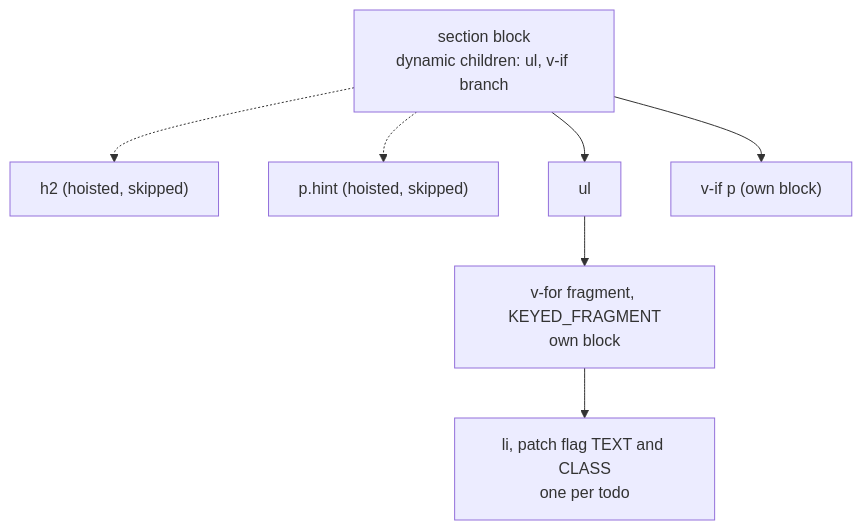
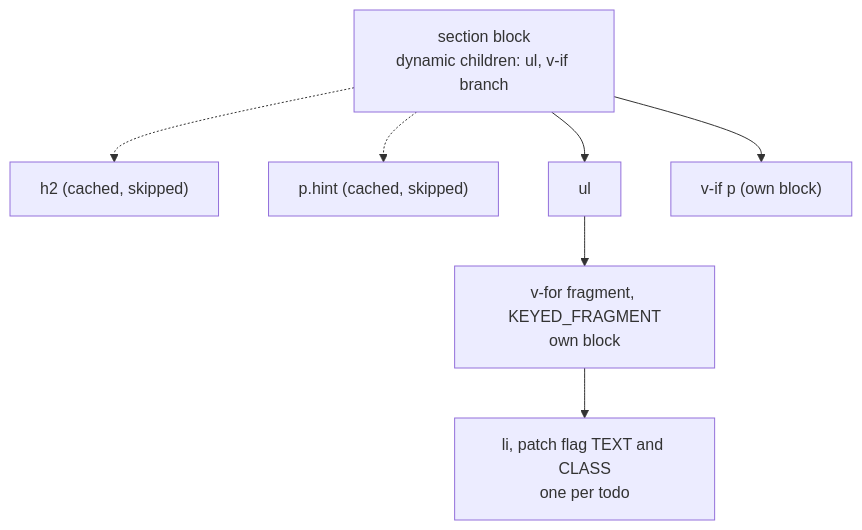
One commit to albertoirurueta/docs changed the second of 3 diagrams in modules/ROOT/pages/web/vue/rendering-render-functions-and-web-components.adoc. Above: the diagram before and after it, drawn with Mermaid. The commit also changed other lines of this file and 420 other files, not shown here.

```diff
--- a/modules/ROOT/pages/web/vue/rendering-render-functions-and-web-components.adoc
+++ b/modules/ROOT/pages/web/vue/rendering-render-functions-and-web-components.adoc
@@ -325,17 +326,17 @@
 [mermaid]
 ....
 flowchart TD
     sec["section block<br/>dynamic children: ul, v-if branch"]
-    h2["h2 (hoisted, skipped)"]
-    hint["p.hint (hoisted, skipped)"]
+    h2["h2 (cached, skipped)"]
+    hint["p.hint (cached, skipped)"]
     ul["ul"]
     frag["v-for fragment, KEYED_FRAGMENT<br/>own block"]
     li["li, patch flag TEXT and CLASS<br/>one per todo"]
     cond["v-if p (own block)"]
     sec -.-> h2
     sec -.-> hint
     sec --> ul
     ul --> frag
     frag --> li
     sec --> cond
 ....
```
